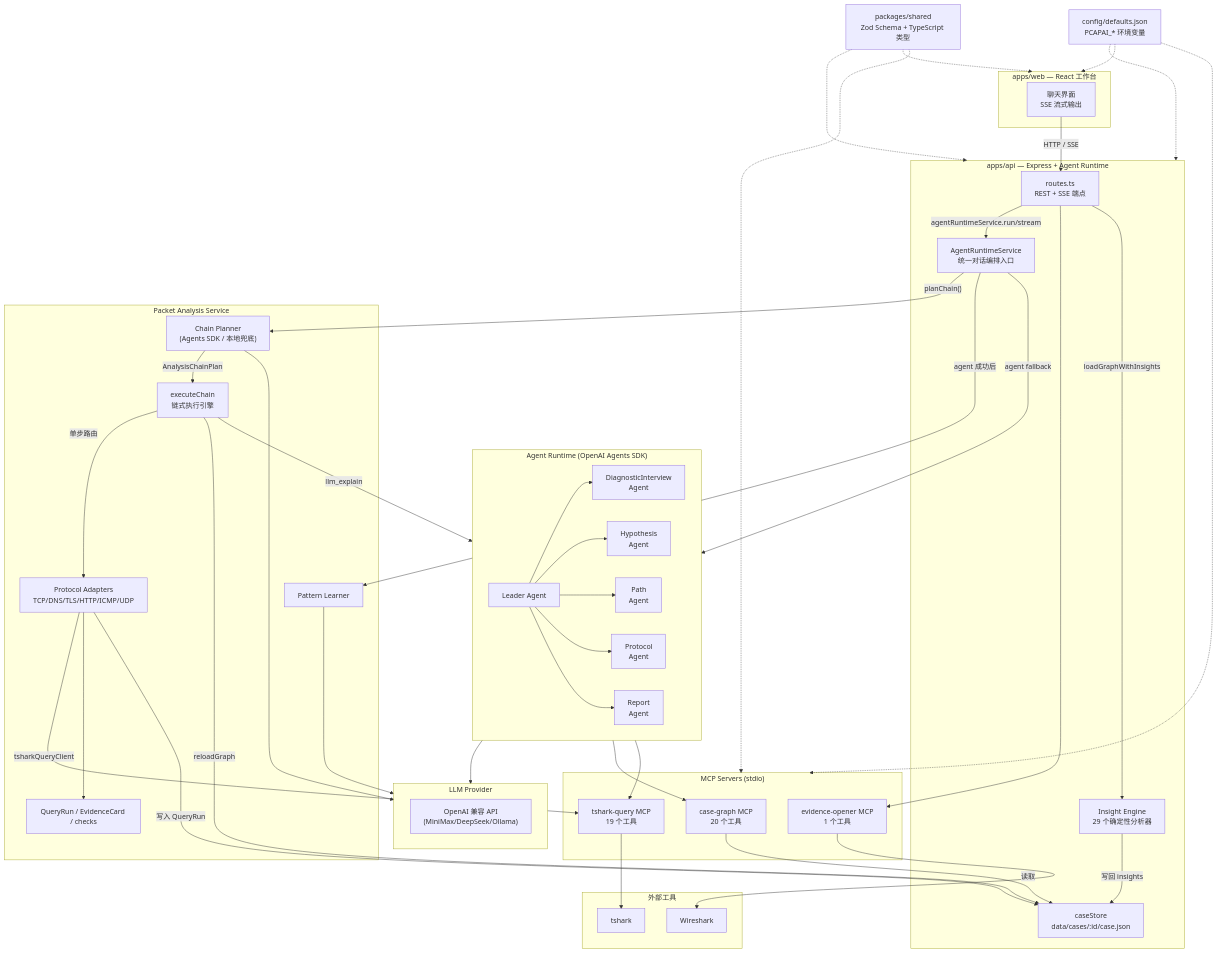
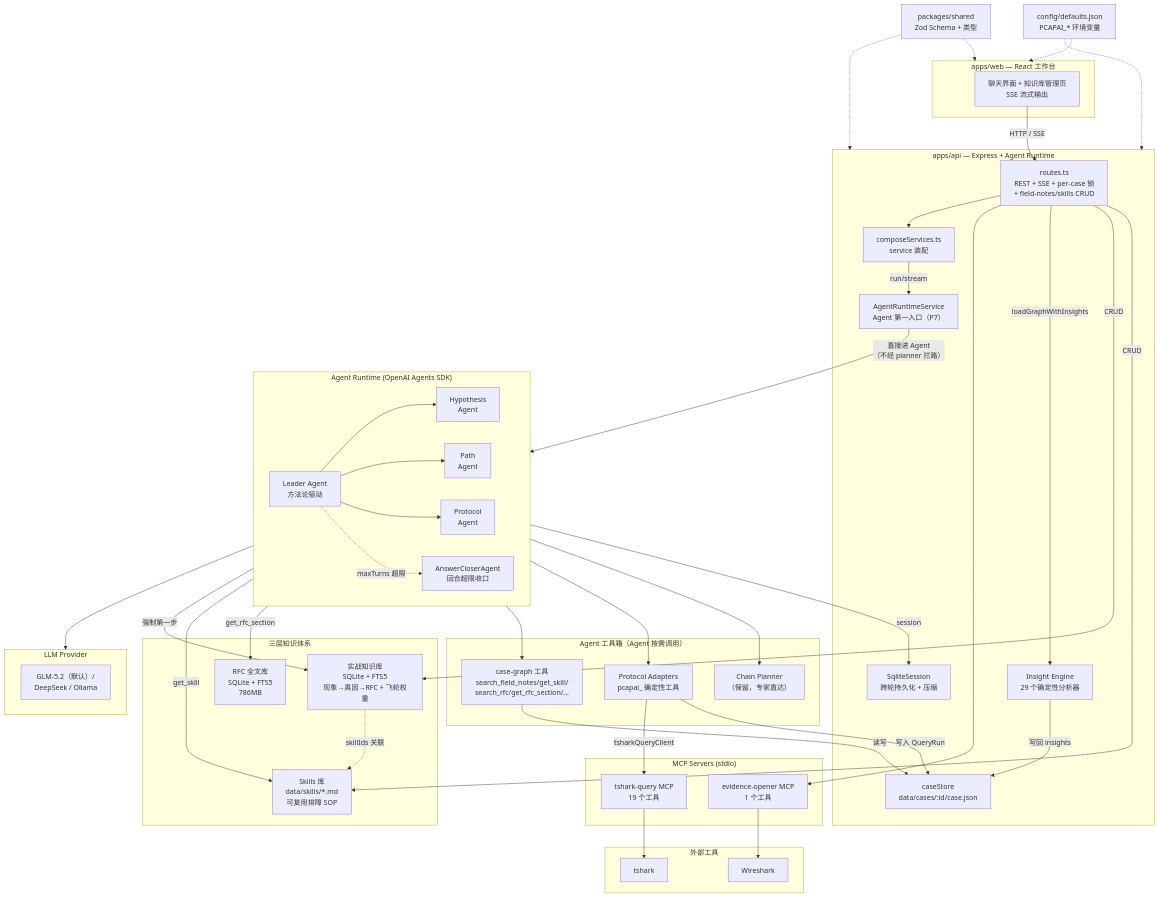
The diagram in docs/architecture.md (Matthewyin/pcapai), drawn with Mermaid before and after one commit. The commit also changed other lines of this file and 130 other files, not shown here.

````diff
--- a/docs/architecture.md
+++ b/docs/architecture.md
@@ -11,46 +17,50 @@
 ```mermaid
 flowchart TB
   subgraph Web["apps/web — React 工作台"]
-    UI["聊天界面<br/>SSE 流式输出"]
+    UI["聊天界面 + 知识库管理页<br/>SSE 流式输出"]
   end
 
   subgraph API["apps/api — Express + Agent Runtime"]
-    Router["routes.ts<br/>REST + SSE 端点"]
-    RuntimeSvc["AgentRuntimeService<br/>统一对话编排入口"]
+    Router["routes.ts<br/>REST + SSE + per-case 锁<br/>+ field-notes/skills CRUD"]
+    Compose["composeServices.ts<br/>service 装配"]
+    RuntimeSvc["AgentRuntimeService<br/>Agent 第一入口（P7）"]
     InsightEng["Insight Engine<br/>29 个确定性分析器"]
     CaseStore["caseStore<br/>data/cases/:id/case.json"]
+    Session["SqliteSession<br/>跨轮持久化 + 压缩"]
   end
 
-  subgraph PacketService["Packet Analysis Service"]
-    Planner["Chain Planner<br/>(Agents SDK / 本地兜底)"]
-    ChainExec["executeChain<br/>链式执行引擎"]
-    Adapters["Protocol Adapters<br/>TCP/DNS/TLS/HTTP/ICMP/UDP"]
-    QueryRunSvc["QueryRun / EvidenceCard / checks"]
-    PatternLearner["Pattern Learner"]
+  subgraph Knowledge["三层知识体系"]
+    FieldNotes["实战知识库<br/>SQLite + FTS5<br/>现象→真因→RFC + 飞轮权重"]
+    Skills["Skills 库<br/>data/skills/*.md<br/>可复用排障 SOP"]
+    RfcDb["RFC 全文库<br/>SQLite + FTS5<br/>786MB"]
+    FieldNotes -.->|"skillIds 关联"| Skills
+  end
+
+  subgraph AgentRuntime["Agent Runtime (OpenAI Agents SDK)"]
+    Leader["Leader Agent<br/>方法论驱动"]
+    Hypo["Hypothesis<br/>Agent"]
+    PathA["Path<br/>Agent"]
+    Proto["Protocol<br/>Agent"]
+    Closer["AnswerCloserAgent<br/>回合超限收口"]
+    Leader --> Hypo
+    Leader --> PathA
+    Leader --> Proto
+    Leader -.->|"maxTurns 超限"| Closer
+  end
+
+  subgraph Tools["Agent 工具箱（Agent 按需调用）"]
+    CaseGraph["case-graph 工具<br/>search_field_notes/get_skill/<br/>search_rfc/get_rfc_section/..."]
+    Adapters["Protocol Adapters<br/>pcapai_ 确定性工具"]
+    Planner["Chain Planner<br/>（保留，专家直达）"]
+  end
+
+  subgraph MCP["MCP Servers (stdio)"]
+    TQ["tshark-query MCP<br/>19 个工具"]
+    EO["evidence-opener MCP<br/>1 个工具"]
   end
 
   subgraph LLM["LLM Provider"]
-    Model["OpenAI 兼容 API<br/>(MiniMax/DeepSeek/Ollama)"]
-  end
-
-  subgraph AgentRuntime["Agent Runtime (OpenAI Agents SDK)"]
-    Leader["Leader Agent"]
-    Triage["DiagnosticInterview<br/>Agent"]
-    Hypo["Hypothesis<br/>Agent"]
-    PathA["Path<br/>Agent"]
-    Proto["Protocol<br/>Agent"]
-    Report["Report<br/>Agent"]
-    Leader --> Triage
-    Leader --> Hypo
-    Leader --> PathA
-    Leader --> Proto
-    Leader --> Report
-  end
-
-  subgraph MCP["MCP Servers (stdio)"]
-    CG["case-graph MCP<br/>20 个工具"]
-    TQ["tshark-query MCP<br/>19 个工具"]
-    EO["evidence-opener MCP<br/>1 个工具"]
+    Model["GLM-5.2（默认）/<br/>DeepSeek / Ollama"]
   end
 
   subgraph External["外部工具"]
@@ -59,37 +69,34 @@
   end
 
   UI -->|"HTTP / SSE"| Router
-  Router -->|"agentRuntimeService.run/stream"| RuntimeSvc
-  RuntimeSvc -->|"planChain()"| Planner
-  Planner -->|"AnalysisChainPlan"| ChainExec
-  Planner --> LLM
-  ChainExec -->|"单步路由"| Adapters
-  ChainExec -->|"llm_explain"| AgentRuntime
-  RuntimeSvc -->|"agent fallback"| AgentRuntime
+  Router --> Compose
+  Compose -->|"run/stream"| RuntimeSvc
+  RuntimeSvc -->|"直接进 Agent<br/>（不经 planner 拦路）"| AgentRuntime
   AgentRuntime --> LLM
+  AgentRuntime -->|"session"| Session
 
+  AgentRuntime -->|"强制第一步"| FieldNotes
+  AgentRuntime -->|"get_skill"| Skills
+  AgentRuntime -->|"get_rfc_section"| RfcDb
+  AgentRuntime --> CaseGraph
+  AgentRuntime --> Adapters
+  AgentRuntime --> Planner
+
+  CaseGraph -->|"读写"| CaseStore
   Adapters -->|"tsharkQueryClient"| TQ
-  Adapters --> QueryRunSvc
-  AgentRuntime --> CG
-  AgentRuntime --> TQ
+  Adapters -->|"写入 QueryRun"| CaseStore
+  TQ --> Tshark
   Router --> EO
-
-  TQ --> Tshark
   EO --> Wireshark
 
-  CG -->|"读取"| CaseStore
   Router -->|"loadGraphWithInsights"| InsightEng
   InsightEng -->|"写回 insights"| CaseStore
-  Adapters -->|"写入 QueryRun"| CaseStore
-  ChainExec -->|"reloadGraph"| CaseStore
 
-  RuntimeSvc -->|"agent 成功后"| PatternLearner
-  PatternLearner --> LLM
+  Router -->|"CRUD"| FieldNotes
+  Router -->|"CRUD"| Skills
 
-  Shared["packages/shared<br/>Zod Schema + TypeScript 类型"] -.-> API
+  Shared["packages/shared<br/>Zod Schema + 类型"] -.-> API
   Shared -.-> Web
-  Shared -.-> MCP
   Config["config/defaults.json<br/>PCAPAI_* 环境变量"] -.-> API
   Config -.-> Web
-  Config -.-> MCP
 ```
````
